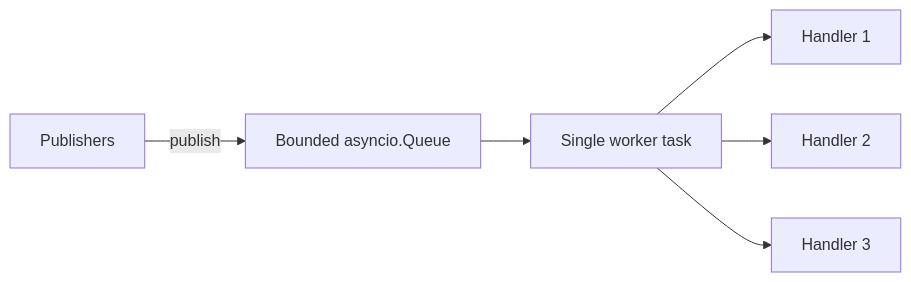
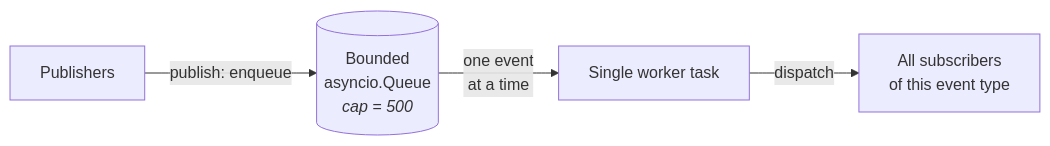
One commit to rick12000/vocalance changed the first of 2 diagrams in docs/developer/foundations/event_bus.rst. Above: the diagram before and after it, drawn with Mermaid. The commit also changed other lines of this file and 12 other files, not shown here.

```diff
--- a/docs/developer/foundations/event_bus.rst
+++ b/docs/developer/foundations/event_bus.rst
@@ -41,8 +41,6 @@
 .. mermaid::
 
    flowchart LR
-       Pub[Publishers] -->|publish| Q[Bounded asyncio.Queue]
-       Q --> Worker[Single worker task]
-       Worker --> H1[Handler 1]
-       Worker --> H2[Handler 2]
-       Worker --> H3[Handler 3]
+       Pub[Publishers] -->|publish: enqueue| Q[(Bounded<br/>asyncio.Queue<br/><i>cap = 500</i>)]
+       Q -->|one event<br/>at a time| Worker[Single worker task]
+       Worker -->|dispatch| Subs[All subscribers<br/>of this event type]
```
